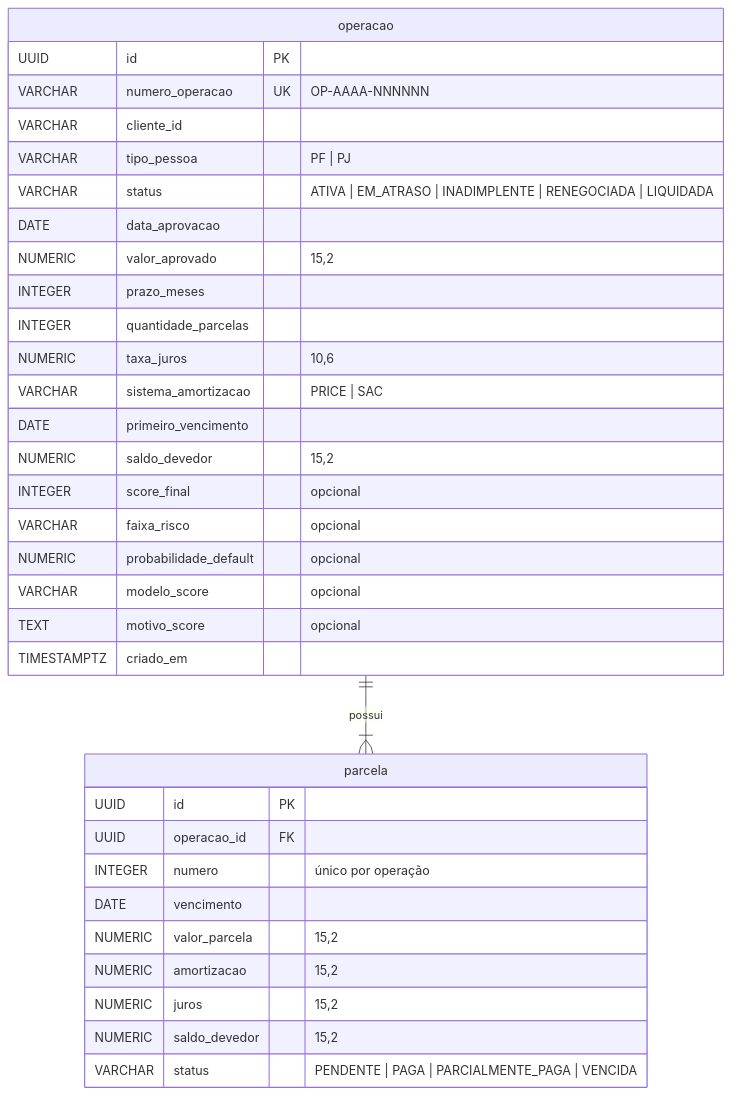
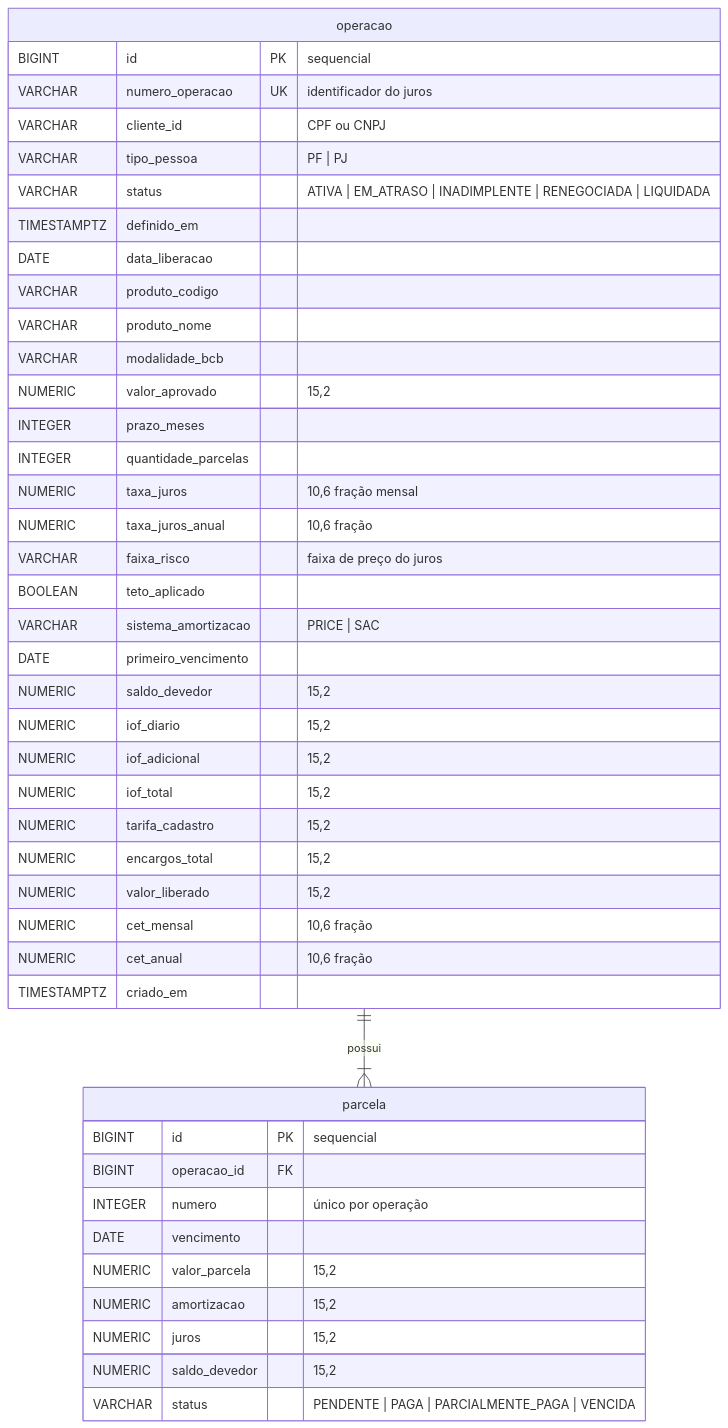
The fourth of 5 diagrams in docs/architecture/diagrams/README.md (unicsul-finops/financial-operations-service), drawn with Mermaid before and after one commit. The commit also changed other lines of this file and 5 other files, not shown here.

````diff
--- a/docs/architecture/diagrams/README.md
+++ b/docs/architecture/diagrams/README.md
@@ -70,38 +74,48 @@
 ```mermaid
 erDiagram
     operacao ||--|{ parcela : "possui"
 
     operacao {
-        UUID id PK
-        VARCHAR numero_operacao UK "OP-AAAA-NNNNNN"
-        VARCHAR cliente_id
+        BIGINT id PK "sequencial"
+        VARCHAR numero_operacao UK "identificador do juros"
+        VARCHAR cliente_id "CPF ou CNPJ"
         VARCHAR tipo_pessoa "PF | PJ"
         VARCHAR status "ATIVA | EM_ATRASO | INADIMPLENTE | RENEGOCIADA | LIQUIDADA"
-        DATE data_aprovacao
+        TIMESTAMPTZ definido_em
+        DATE data_liberacao
+        VARCHAR produto_codigo
+        VARCHAR produto_nome
+        VARCHAR modalidade_bcb
         NUMERIC valor_aprovado "15,2"
         INTEGER prazo_meses
         INTEGER quantidade_parcelas
-        NUMERIC taxa_juros "10,6"
+        NUMERIC taxa_juros "10,6 fração mensal"
+        NUMERIC taxa_juros_anual "10,6 fração"
+        VARCHAR faixa_risco "faixa de preço do juros"
+        BOOLEAN teto_aplicado
         VARCHAR sistema_amortizacao "PRICE | SAC"
         DATE primeiro_vencimento
         NUMERIC saldo_devedor "15,2"
-        INTEGER score_final "opcional"
-        VARCHAR faixa_risco "opcional"
-        NUMERIC probabilidade_default "opcional"
-        VARCHAR modelo_score "opcional"
-        TEXT motivo_score "opcional"
+        NUMERIC iof_diario "15,2"
+        NUMERIC iof_adicional "15,2"
+        NUMERIC iof_total "15,2"
+        NUMERIC tarifa_cadastro "15,2"
+        NUMERIC encargos_total "15,2"
+        NUMERIC valor_liberado "15,2"
+        NUMERIC cet_mensal "10,6 fração"
+        NUMERIC cet_anual "10,6 fração"
         TIMESTAMPTZ criado_em
     }
 
     parcela {
-        UUID id PK
-        UUID operacao_id FK
+        BIGINT id PK "sequencial"
+        BIGINT operacao_id FK
         INTEGER numero "único por operação"
         DATE vencimento
         NUMERIC valor_parcela "15,2"
         NUMERIC amortizacao "15,2"
         NUMERIC juros "15,2"
         NUMERIC saldo_devedor "15,2"
         VARCHAR status "PENDENTE | PAGA | PARCIALMENTE_PAGA | VENCIDA"
     }
 ```
````
